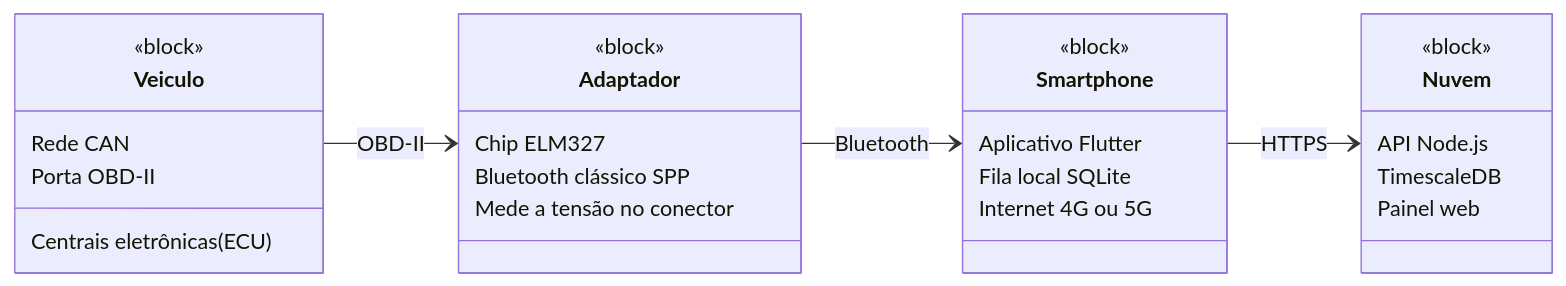
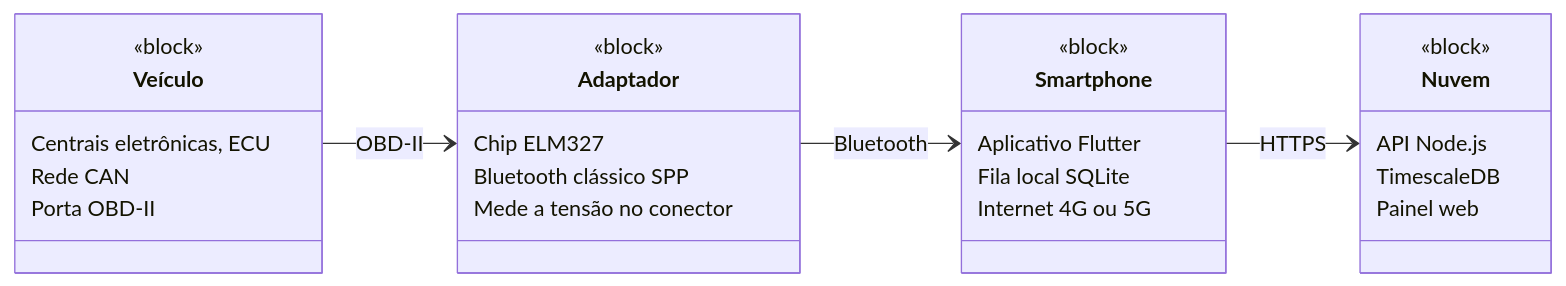
Before and after one commit to SamuelMorsch/telemetria-api: the fifth of 6 diagrams in README.md, drawn with Mermaid. The commit also changed other lines of this file, not shown here.

Commit message:
docs: refaz diagramas C4 como fluxogramas e simplifica o de requisitos

````diff
--- a/README.md
+++ b/README.md
@@ -245,31 +239,31 @@
 ```mermaid
 classDiagram
     direction LR
-    class Veiculo {
+    class Veiculo["Veículo"] {
         <<block>>
-        Centrais eletrônicas (ECU)
+        Centrais eletrônicas, ECU
         Rede CAN
         Porta OBD-II
     }
     class Adaptador {
         <<block>>
         Chip ELM327
         Bluetooth clássico SPP
         Mede a tensão no conector
     }
     class Smartphone {
         <<block>>
         Aplicativo Flutter
         Fila local SQLite
         Internet 4G ou 5G
     }
     class Nuvem {
         <<block>>
         API Node.js
         TimescaleDB
         Painel web
     }
     Veiculo --> Adaptador : OBD-II
     Adaptador --> Smartphone : Bluetooth
     Smartphone --> Nuvem : HTTPS
 ```
````
